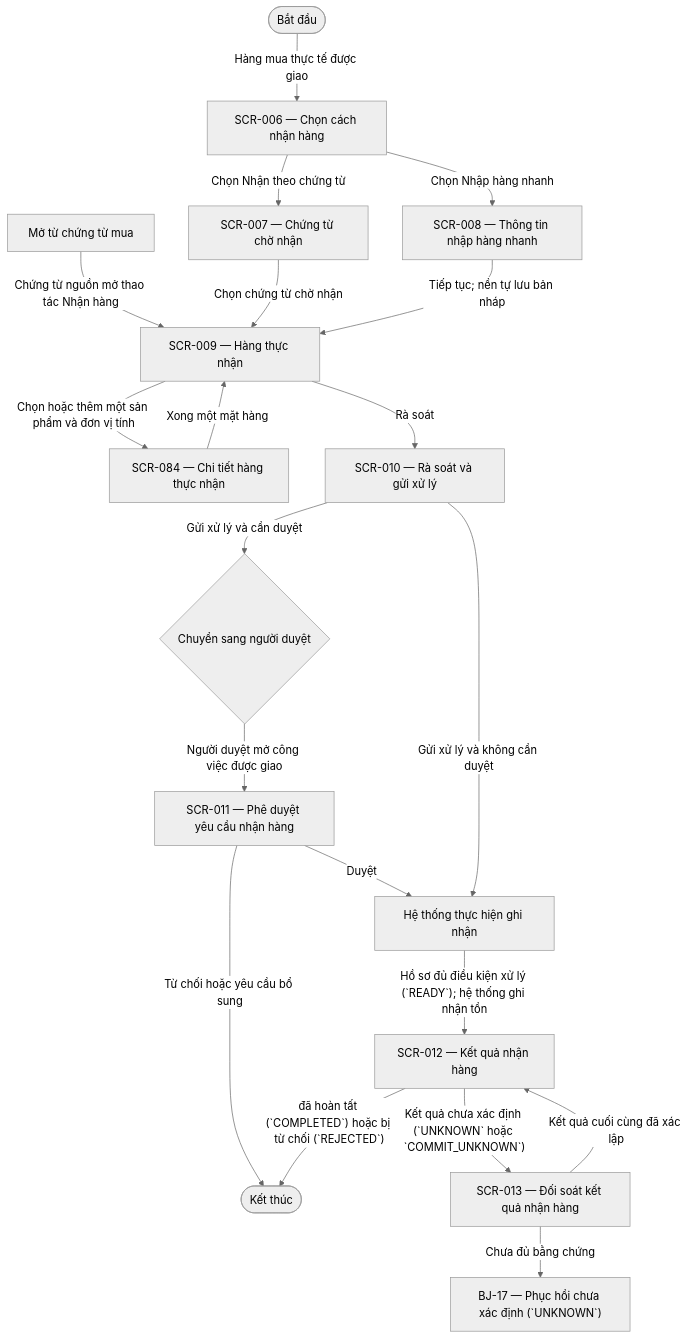
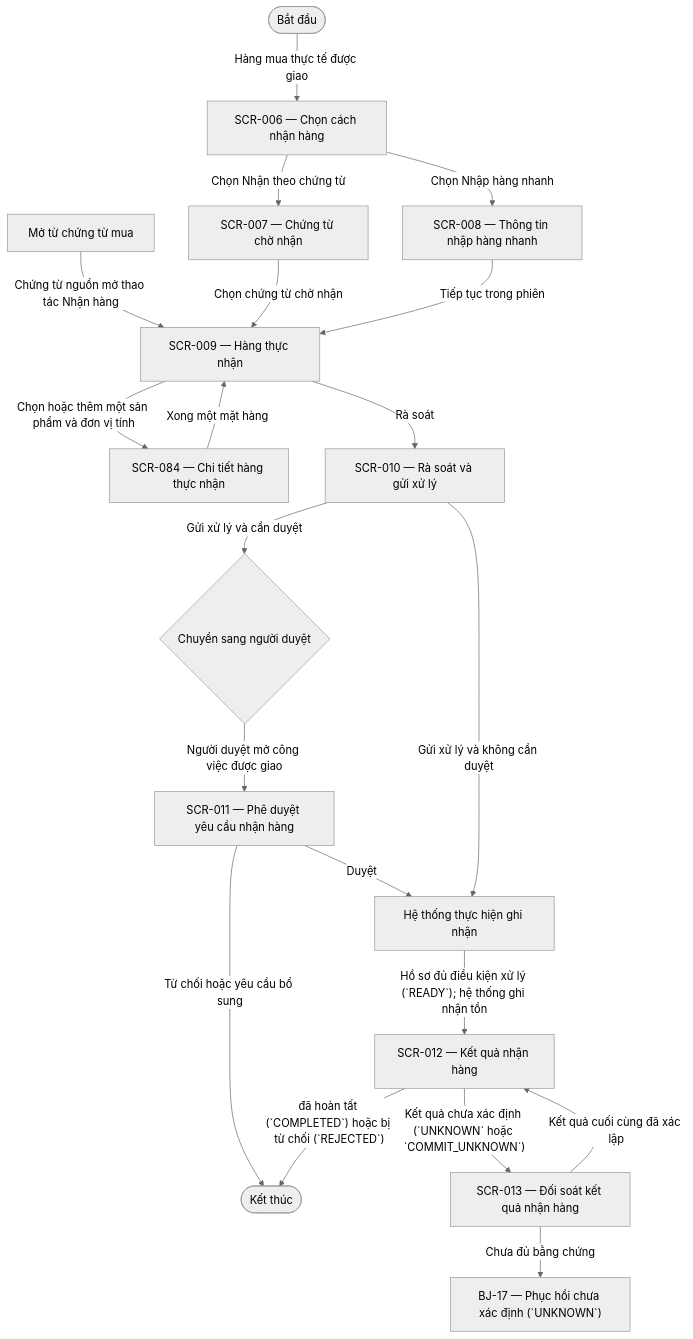
One commit to DsChien102/erp-sales-inventory changed the diagram in specs/themes/theme-07/03.design/flows/UIF-02-BJ-02.md. Above: the diagram before and after it, drawn with Mermaid (neutral theme). The commit also changed other lines of this file and 77 other files, not shown here.

````diff
--- a/specs/themes/theme-07/03.design/flows/UIF-02-BJ-02.md
+++ b/specs/themes/theme-07/03.design/flows/UIF-02-BJ-02.md
@@ -43,37 +43,37 @@
 ```mermaid
 flowchart TD
     BEGIN(["Bắt đầu"])
     SCR_006["SCR-006 — Chọn cách nhận hàng"]
     CONTEXT_PURCHASE["Mở từ chứng từ mua"]
     SCR_009["SCR-009 — Hàng thực nhận"]
     SCR_007["SCR-007 — Chứng từ chờ nhận"]
     SCR_008["SCR-008 — Thông tin nhập hàng nhanh"]
     SCR_084["SCR-084 — Chi tiết hàng thực nhận"]
     SCR_010["SCR-010 — Rà soát và gửi xử lý"]
     HANDOFF_APPROVAL{"Chuyển sang người duyệt"}
     SCR_011["SCR-011 — Phê duyệt yêu cầu nhận hàng"]
     END(["Kết thúc"])
     SYSTEM_EXECUTE["Hệ thống thực hiện ghi nhận"]
     SCR_012["SCR-012 — Kết quả nhận hàng"]
     SCR_013["SCR-013 — Đối soát kết quả nhận hàng"]
     BJ_17["BJ-17 — Phục hồi chưa xác định (`UNKNOWN`)"]
     BEGIN -->|"Hàng mua thực tế được giao"| SCR_006
     CONTEXT_PURCHASE -->|"Chứng từ nguồn mở thao tác Nhận hàng"| SCR_009
     SCR_006 -->|"Chọn Nhận theo chứng từ"| SCR_007
     SCR_006 -->|"Chọn Nhập hàng nhanh"| SCR_008
     SCR_007 -->|"Chọn chứng từ chờ nhận"| SCR_009
-    SCR_008 -->|"Tiếp tục; nền tự lưu bản nháp"| SCR_009
+    SCR_008 -->|"Tiếp tục trong phiên"| SCR_009
     SCR_009 -->|"Chọn hoặc thêm một sản phẩm và đơn vị tính"| SCR_084
     SCR_084 -->|"Xong một mặt hàng"| SCR_009
     SCR_009 -->|"Rà soát"| SCR_010
     SCR_010 -->|"Gửi xử lý và cần duyệt"| HANDOFF_APPROVAL
     HANDOFF_APPROVAL -->|"Người duyệt mở công việc được giao"| SCR_011
     SCR_011 -->|"Từ chối hoặc yêu cầu bổ sung"| END
     SCR_011 -->|"Duyệt"| SYSTEM_EXECUTE
     SCR_010 -->|"Gửi xử lý và không cần duyệt"| SYSTEM_EXECUTE
     SYSTEM_EXECUTE -->|"Hồ sơ đủ điều kiện xử lý (`READY`); hệ thống ghi nhận tồn"| SCR_012
     SCR_012 -->|"đã hoàn tất (`COMPLETED`) hoặc bị từ chối (`REJECTED`)"| END
     SCR_012 -->|"Kết quả chưa xác định (`UNKNOWN` hoặc `COMMIT_UNKNOWN`)"| SCR_013
     SCR_013 -->|"Kết quả cuối cùng đã xác lập"| SCR_012
     SCR_013 -->|"Chưa đủ bằng chứng"| BJ_17
 ```
````
